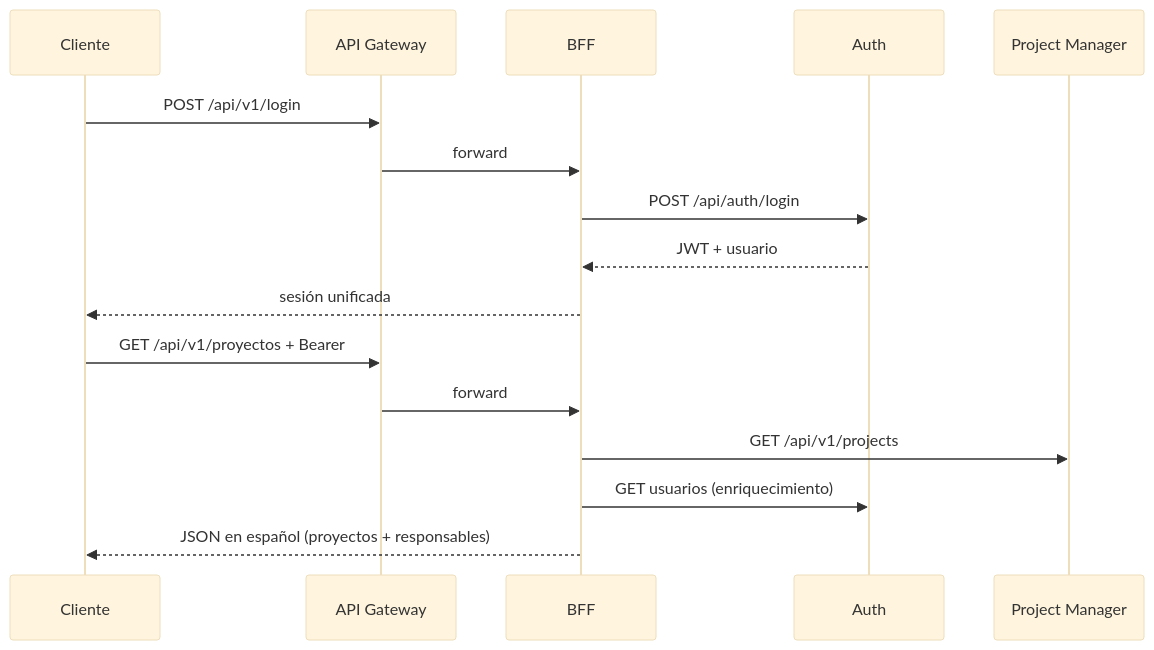
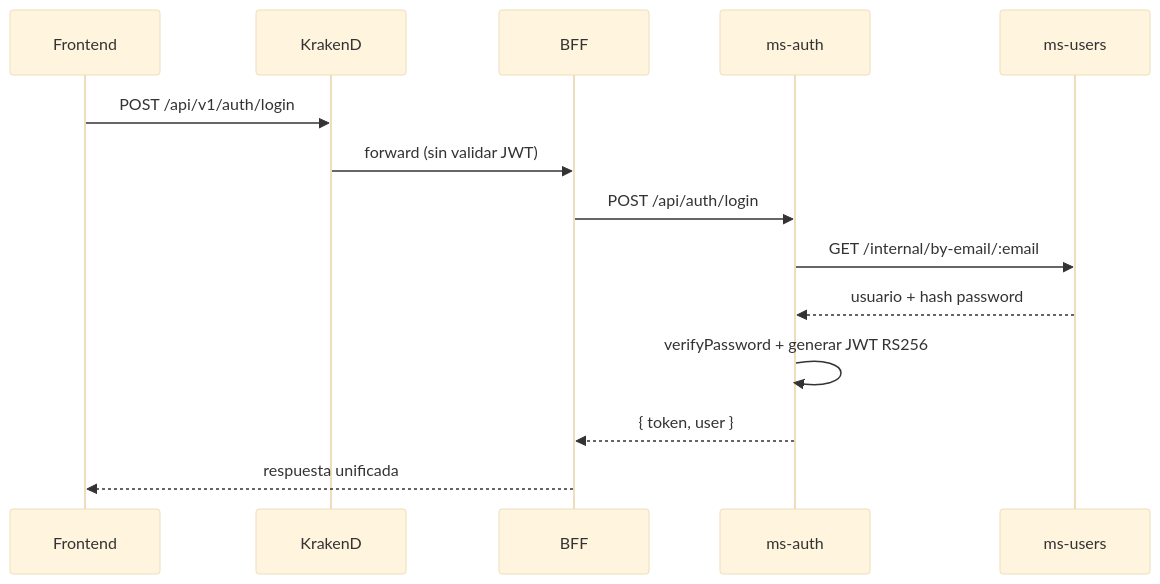
Before and after one commit to senioravo/backend_innovatech: the second of 3 diagrams in backend/README.md, drawn with Mermaid (base theme). The commit also changed other lines of this file and 120 other files, not shown here.

````diff
--- a/backend/README.md
+++ b/backend/README.md
@@ -69,20 +99,17 @@
 ```mermaid
 sequenceDiagram
-  participant C as Cliente
-  participant G as API Gateway
+  participant C as Frontend
+  participant G as KrakenD
   participant B as BFF
-  participant A as Auth
-  participant P as Project Manager
+  participant A as ms-auth
+  participant U as ms-users
 
-  C->>G: POST /api/v1/login
-  G->>B: forward
+  C->>G: POST /api/v1/auth/login
+  G->>B: forward (sin validar JWT)
   B->>A: POST /api/auth/login
-  A-->>B: JWT + usuario
-  B-->>C: sesión unificada
-
-  C->>G: GET /api/v1/proyectos + Bearer
-  G->>B: forward
-  B->>P: GET /api/v1/projects
-  B->>A: GET usuarios (enriquecimiento)
-  B-->>C: JSON en español (proyectos + responsables)
+  A->>U: GET /internal/by-email/:email
+  U-->>A: usuario + hash password
+  A->>A: verifyPassword + generar JWT RS256
+  A-->>B: { token, user }
+  B-->>C: respuesta unificada
 ```
````
